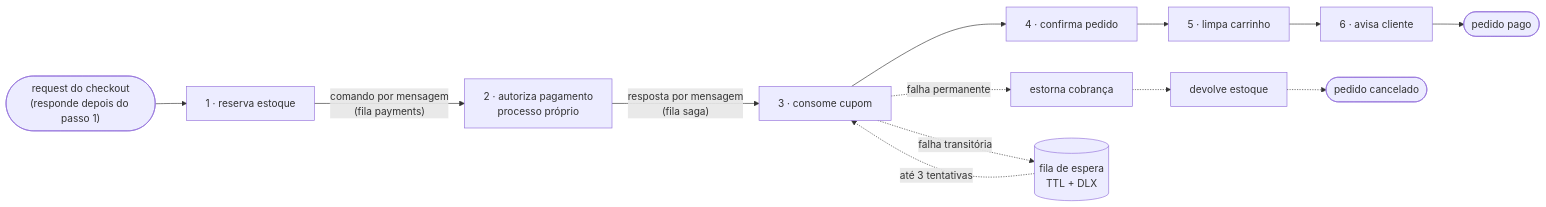
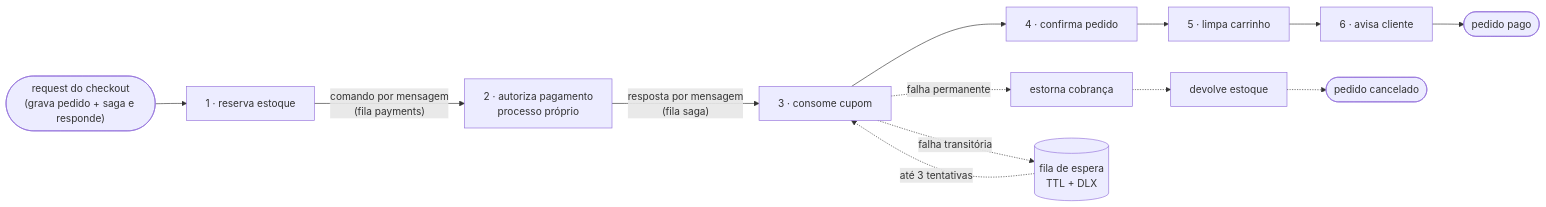
One commit to FlavioVic/dystopia changed the diagram in README.md. Above: the diagram before and after it, drawn with Mermaid. The commit also changed other lines of this file and 72 other files, not shown here.

````diff
--- a/README.md
+++ b/README.md
@@ -93,13 +94,13 @@
 ```mermaid
 flowchart LR
-    REQ(["request do checkout<br/>(responde depois do passo 1)"]) --> S1[1 · reserva estoque]
+    REQ(["request do checkout<br/>(grava pedido + saga e responde)"]) --> S1[1 · reserva estoque]
     S1 -- "comando por mensagem<br/>(fila payments)" --> S2[2 · autoriza pagamento<br/>processo próprio]
     S2 -- "resposta por mensagem<br/>(fila saga)" --> S3[3 · consome cupom]
     S3 --> S4[4 · confirma pedido] --> S5[5 · limpa carrinho] --> S6[6 · avisa cliente] --> OK([pedido pago])
 
     S3 -. falha permanente .-> C2[estorna cobrança]
     C2 -.-> C1[devolve estoque] -.-> X([pedido cancelado])
 
     S3 -. falha transitória .-> Q[(fila de espera<br/>TTL + DLX)]
     Q -. "até 3 tentativas" .-> S3
 ```
````
